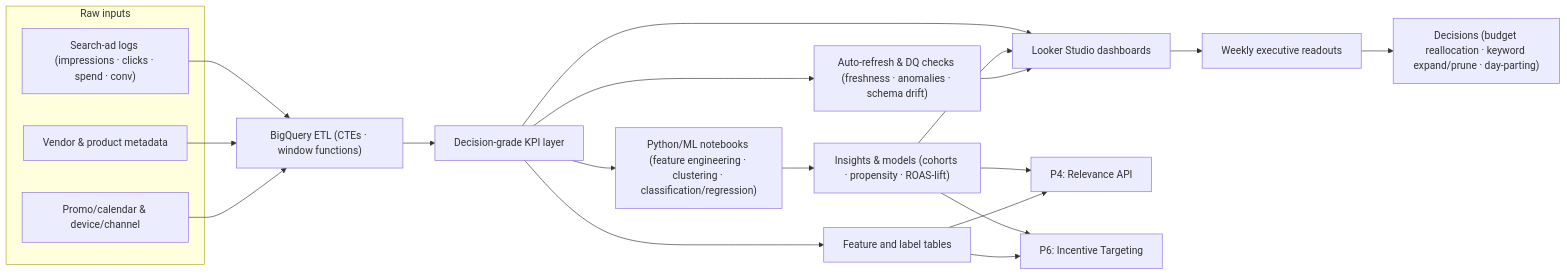
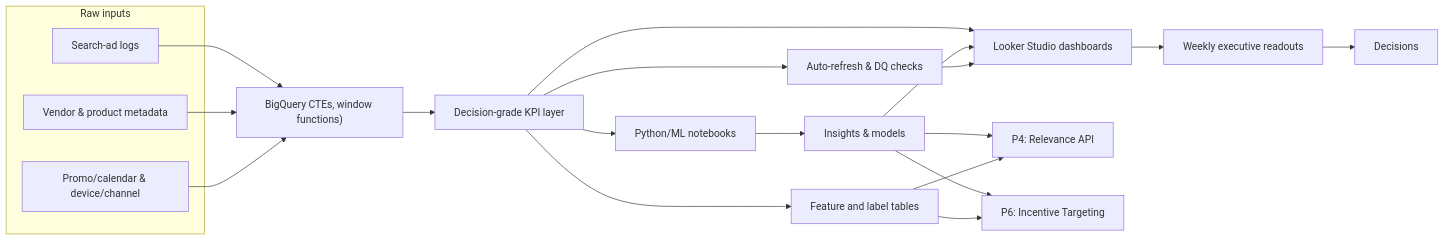
One commit to LuDanielPoyu/McKinsey-Data-Scientist changed the second of 6 diagrams in README.md. Above: the diagram before and after it, drawn with Mermaid. The commit also changed other lines of this file, not shown here.

````diff
--- a/README.md
+++ b/README.md
@@ -80,36 +80,36 @@
 ```mermaid
 flowchart LR
   %% Inputs
   subgraph RAW["Raw inputs"]
-    A["Search-ad logs (impressions · clicks · spend · conv)"]
+    A["Search-ad logs"]
     B["Vendor & product metadata"]
     C["Promo/calendar & device/channel"]
   end
 
   %% BigQuery layer
-  A & B & C --> D["BigQuery ETL (CTEs · window functions)"]
+  A & B & C --> D["BigQuery CTEs, window functions)"]
   D --> E["Decision-grade KPI layer"]
 
   %% ML / Analytics
-  E --> F["Python/ML notebooks (feature engineering · clustering · classification/regression)"]
-  F --> G["Insights & models (cohorts · propensity · ROAS-lift)"]
+  E --> F["Python/ML notebooks"]
+  F --> G["Insights & models"]
   E --> Q["Feature and label tables"]
 
   %% BI / Readouts
   E --> H["Looker Studio dashboards"]
   G --> H
   H --> I["Weekly executive readouts"]
 
   %% Decisions
-  I --> J["Decisions (budget reallocation · keyword expand/prune · day-parting)"]
+  I --> J["Decisions"]
 
   %% Quality & Refresh
-  E --> M["Auto-refresh & DQ checks (freshness · anomalies · schema drift)"]
+  E --> M["Auto-refresh & DQ checks"]
   M --> H
 
   %% Downstream links
   G --> P4["P4: Relevance API"]
   G --> P6["P6: Incentive Targeting"]
   Q --> P4
   Q --> P6
 ```
````
